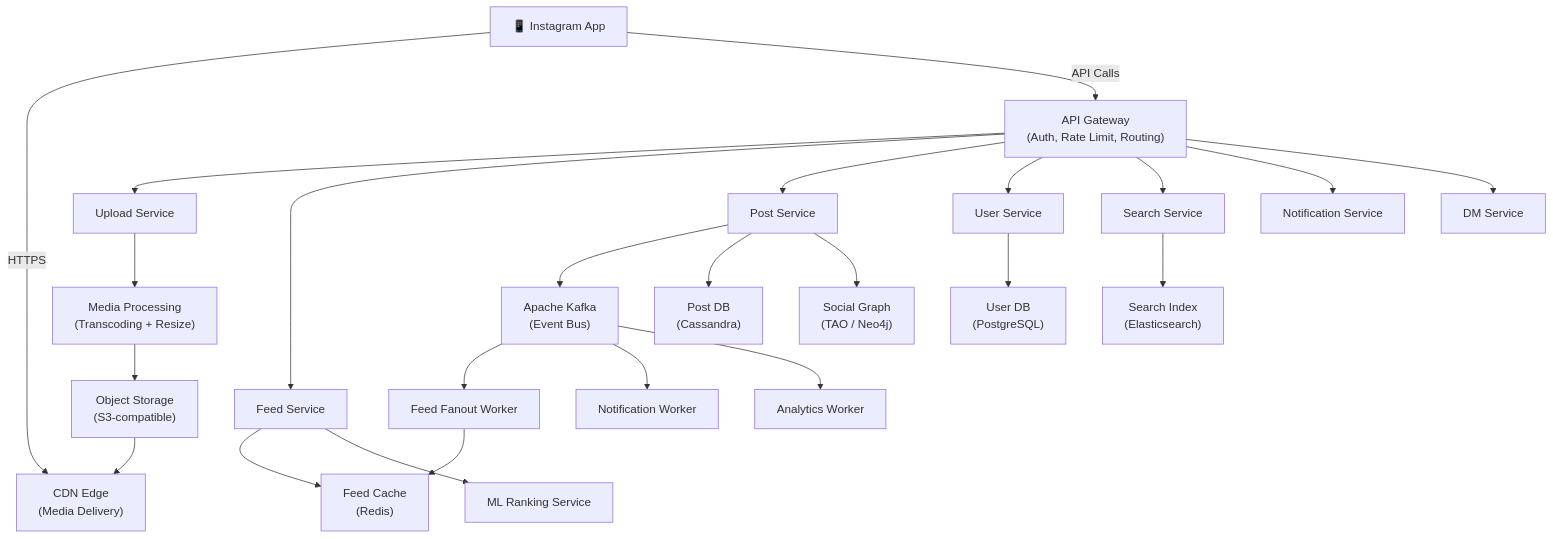
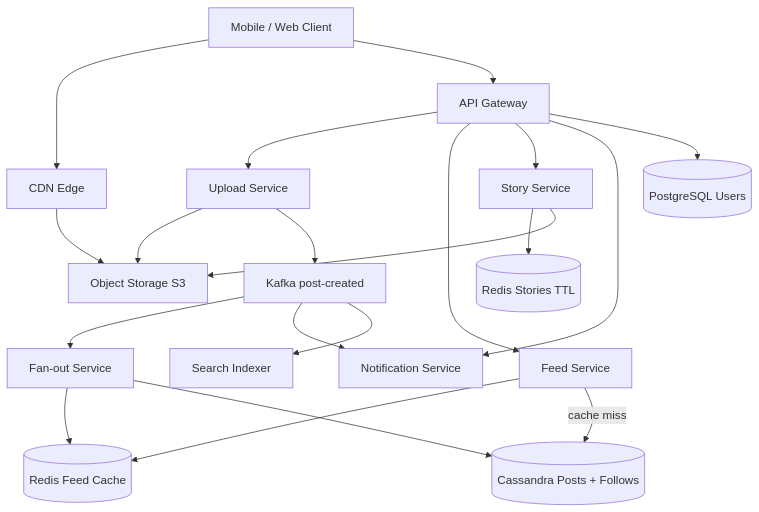
One commit to deepjyoti-dj7/JustDoIT changed the first of 4 diagrams in docs/system-design/hld/real-world-systems/instagram.md. Above: the diagram before and after it, drawn with Mermaid. The commit also changed other lines of this file and 8 other files, not shown here.

````diff
--- a/docs/system-design/hld/real-world-systems/instagram.md
+++ b/docs/system-design/hld/real-world-systems/instagram.md
@@ -110,32 +283,22 @@
 ```mermaid
-graph TB
-    Client["📱 Instagram App"] -->|HTTPS| CDN["CDN Edge\n(Media Delivery)"]
-    Client -->|API Calls| AG["API Gateway\n(Auth, Rate Limit, Routing)"]
-
-    AG --> UploadSvc["Upload Service"]
-    AG --> FeedSvc["Feed Service"]
-    AG --> PostSvc["Post Service"]
-    AG --> UserSvc["User Service"]
-    AG --> SearchSvc["Search Service"]
-    AG --> NotifSvc["Notification Service"]
-    AG --> DMSvc["DM Service"]
-
-    UploadSvc --> MediaProc["Media Processing\n(Transcoding + Resize)"]
-    MediaProc --> ObjStore["Object Storage\n(S3-compatible)"]
-    ObjStore --> CDN
-
-    PostSvc --> Kafka["Apache Kafka\n(Event Bus)"]
-    Kafka --> FeedWorker["Feed Fanout Worker"]
-    Kafka --> NotifWorker["Notification Worker"]
-    Kafka --> AnalyticsWorker["Analytics Worker"]
-
-    FeedWorker --> FeedCache["Feed Cache\n(Redis)"]
-    FeedSvc --> FeedCache
-    FeedSvc --> RankingSvc["ML Ranking Service"]
-
-    PostSvc --> PostDB["Post DB\n(Cassandra)"]
-    UserSvc --> UserDB["User DB\n(PostgreSQL)"]
-    PostSvc --> SocialGraph["Social Graph\n(TAO / Neo4j)"]
-
-    SearchSvc --> SearchIdx["Search Index\n(Elasticsearch)"]
+flowchart TD
+    Client[Mobile / Web Client] --> CDN[CDN Edge]
+    Client --> AG[API Gateway]
+    CDN --> S3[Object Storage S3]
+    AG --> US[Upload Service]
+    AG --> FS[Feed Service]
+    AG --> SS[Story Service]
+    AG --> NS[Notification Service]
+    AG --> PG[(PostgreSQL Users)]
+    US --> S3
+    US --> Kafka[Kafka post-created]
+    Kafka --> FO[Fan-out Service]
+    Kafka --> NS
+    Kafka --> SI[Search Indexer]
+    FO --> Redis[(Redis Feed Cache)]
+    FO --> Cass[(Cassandra Posts + Follows)]
+    FS --> Redis
+    FS -->|cache miss| Cass
+    SS --> RedisStory[(Redis Stories TTL)]
+    SS --> S3
 ```
````
